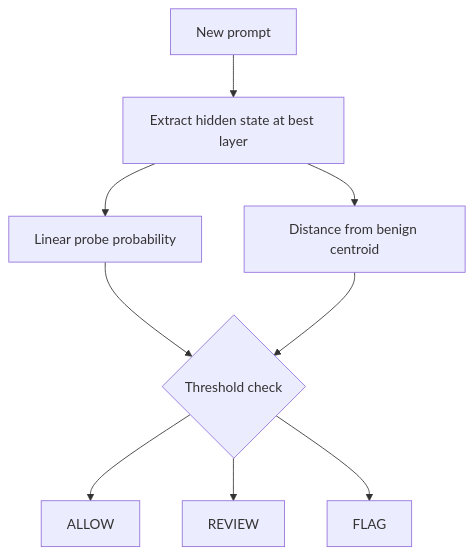
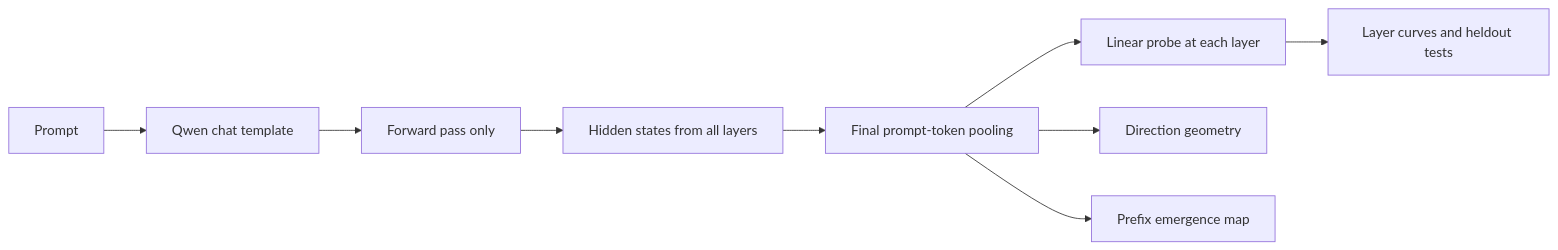
Before and after one commit to DaviBonetto/algoverse: the diagram in README.md, drawn with Mermaid. The commit also changed other lines of this file and 21 other files, not shown here.

````diff
--- a/README.md
+++ b/README.md
@@ -265,11 +144,11 @@
 ```mermaid
-flowchart TD
-    A["New prompt"] --> B["Extract hidden state at best layer"]
-    B --> C["Linear probe probability"]
-    B --> D["Distance from benign centroid"]
-    C --> E{"Threshold check"}
-    D --> E
-    E --> F["ALLOW"]
-    E --> G["REVIEW"]
-    E --> H["FLAG"]
+flowchart LR
+    A["Prompt"] --> B["Qwen chat template"]
+    B --> C["Forward pass only"]
+    C --> D["Hidden states from all layers"]
+    D --> E["Final prompt-token pooling"]
+    E --> F["Linear probe at each layer"]
+    F --> G["Layer curves and heldout tests"]
+    E --> H["Direction geometry"]
+    E --> I["Prefix emergence map"]
 ```
````
